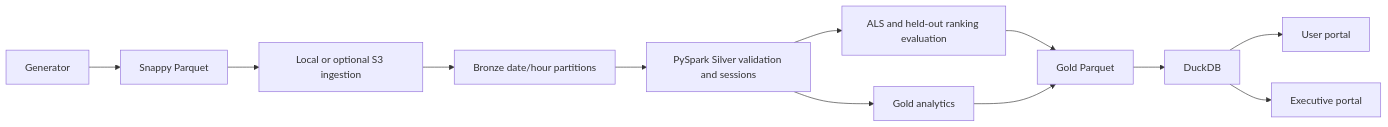
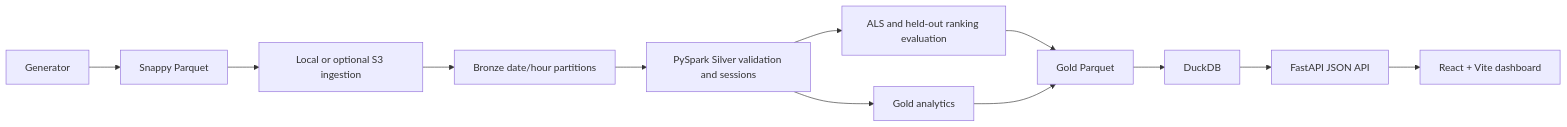
Before and after one commit to adithyanb276/Big-Data-: the diagram in docs/ARCHITECTURE.md, drawn with Mermaid. The commit also changed other lines of this file and 39 other files, not shown here.

Commit message:
feat: migrate dashboard to React and FastAPI

````diff
--- a/docs/ARCHITECTURE.md
+++ b/docs/ARCHITECTURE.md
@@ -5,14 +5,14 @@
 ```mermaid
 flowchart LR
     G[Generator] --> P[Snappy Parquet]
     P --> I[Local or optional S3 ingestion]
     I --> B[Bronze date/hour partitions]
     B --> S[PySpark Silver validation and sessions]
     S --> M[ALS and held-out ranking evaluation]
     S --> A[Gold analytics]
     M --> O[Gold Parquet]
     A --> O
     O --> D[DuckDB]
-    D --> U[User portal]
-    D --> E[Executive portal]
+    D --> F[FastAPI JSON API]
+    F --> U[React + Vite dashboard]
 ```
````
